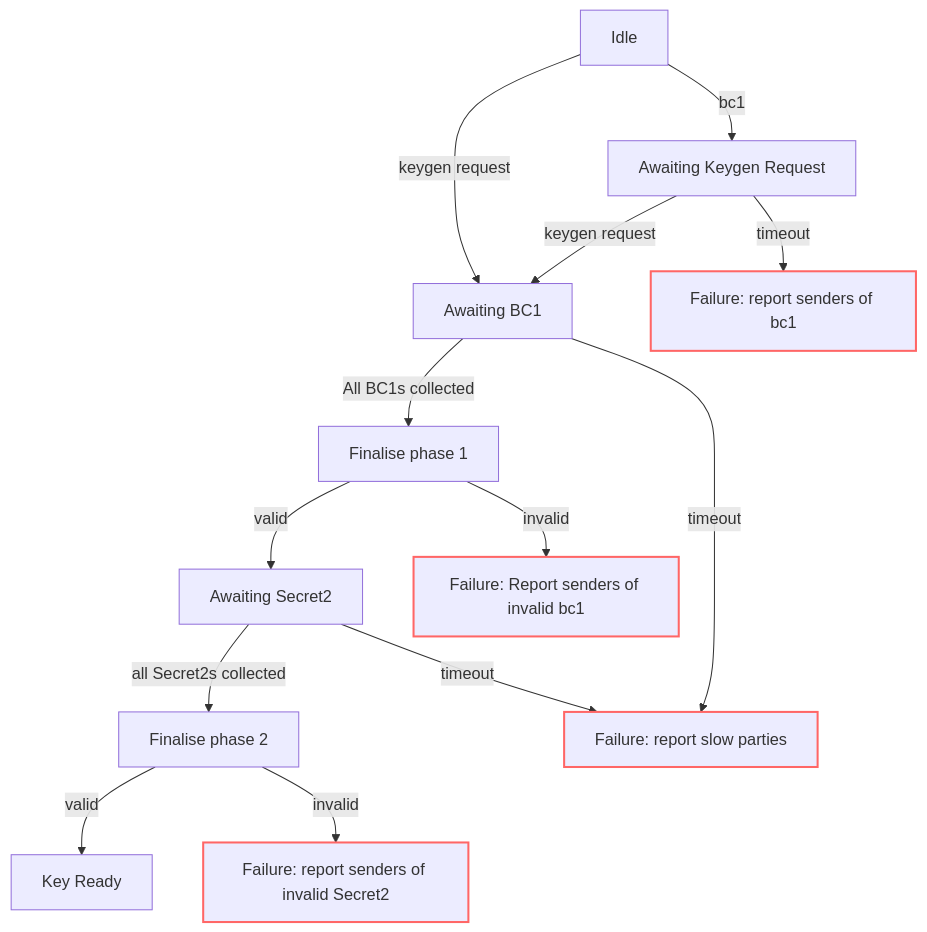
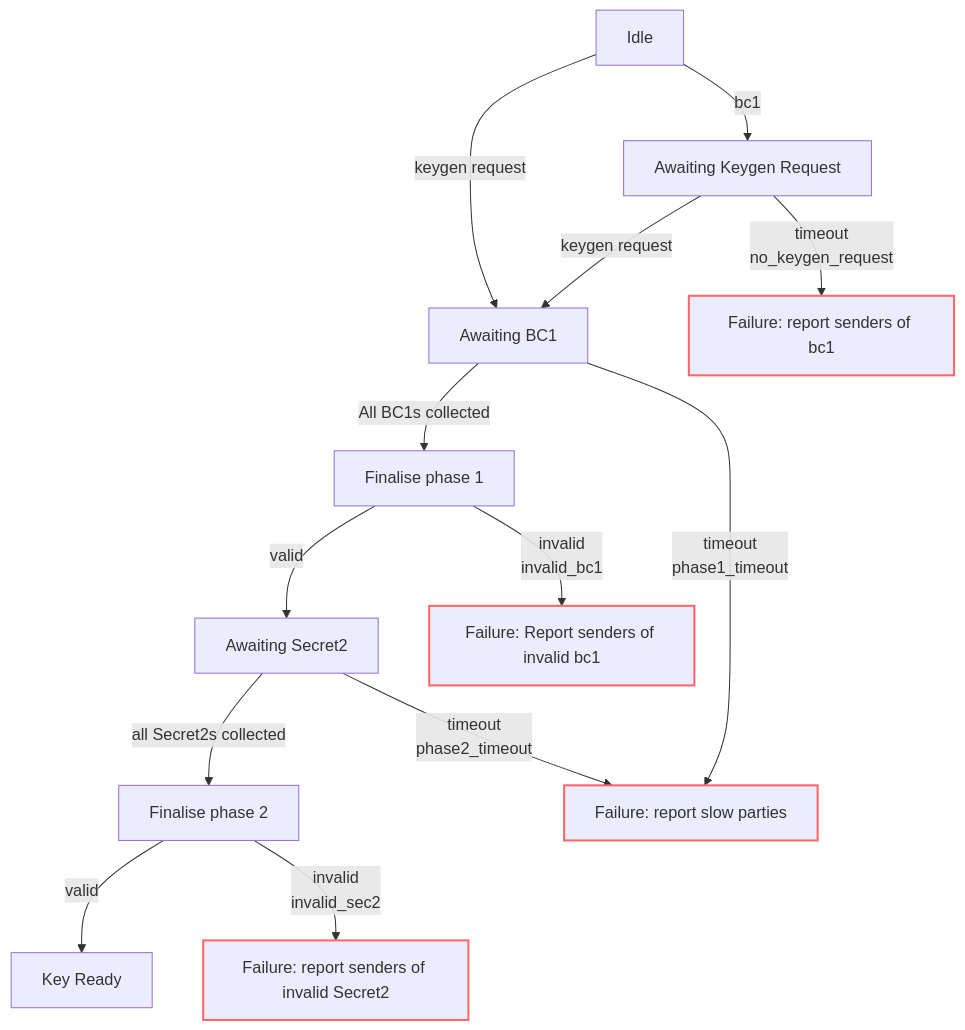
Before and after one commit to chainflip-io/chainflip-backend: the second of 3 diagrams in engine/src/signing/readme.md, drawn with Mermaid. The commit also changed other lines of this file and 3 other files, not shown here.

````diff
--- a/engine/src/signing/readme.md
+++ b/engine/src/signing/readme.md
@@ -72,20 +72,20 @@
 ```mermaid
 graph TD;
 Idle--bc1-->AwaitingKR[Awaiting Keygen Request];
 Idle--keygen request-->AwaitingBc1[Awaiting BC1];
-AwaitingKR--timeout-->Timeout1[Failure: report senders of bc1];
+AwaitingKR--timeout<br>no_keygen_request-->Timeout1[Failure: report senders of bc1];
 AwaitingKR--keygen request-->AwaitingBc1;
 AwaitingBc1--All BC1s collected-->Finalise1[Finalise phase 1];
 Finalise1--valid-->AwaitSec2[Awaiting Secret2];
-Finalise1--invalid-->InvalidBC1[Failure: Report senders of invalid bc1];
+Finalise1--invalid<br>invalid_bc1-->InvalidBC1[Failure: Report senders of invalid bc1];
 AwaitSec2--all Secret2s collected-->Finalise2[Finalise phase 2];
-AwaitSec2--timeout-->Timeout2[Failure: report slow parties];
+AwaitSec2--timeout<br>phase2_timeout-->Timeout2[Failure: report slow parties];
 Finalise2--valid-->KeyReady[Key Ready];
-Finalise2--invalid-->InvalidSec2[Failure: report senders of invalid Secret2];
-AwaitingBc1--timeout-->Timeout2;
+Finalise2--invalid<br>invalid_sec2-->InvalidSec2[Failure: report senders of invalid Secret2];
+AwaitingBc1--timeout<br>phase1_timeout-->Timeout2;
 
 style Timeout1 stroke:#f66,stroke-width:2px
 style Timeout2 stroke:#f66,stroke-width:2px
 style InvalidBC1 stroke:#f66,stroke-width:2px
 style InvalidSec2 stroke:#f66,stroke-width:2px
 ```
````
